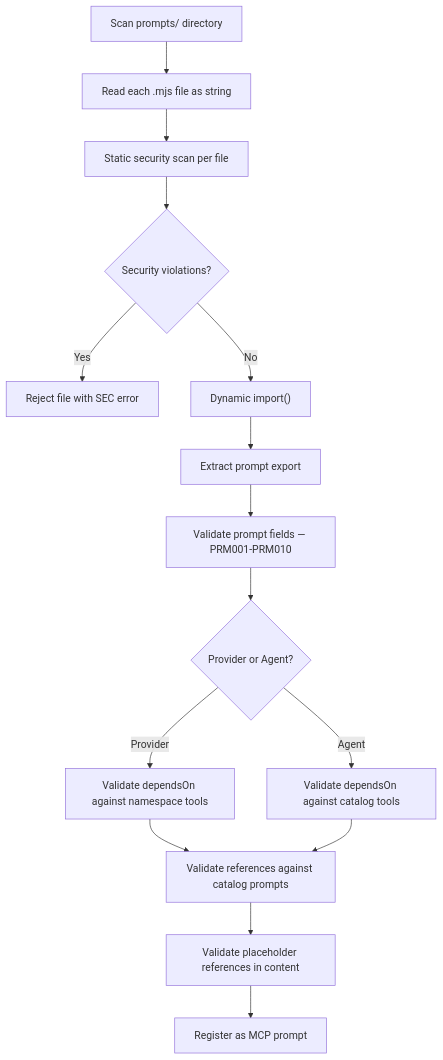
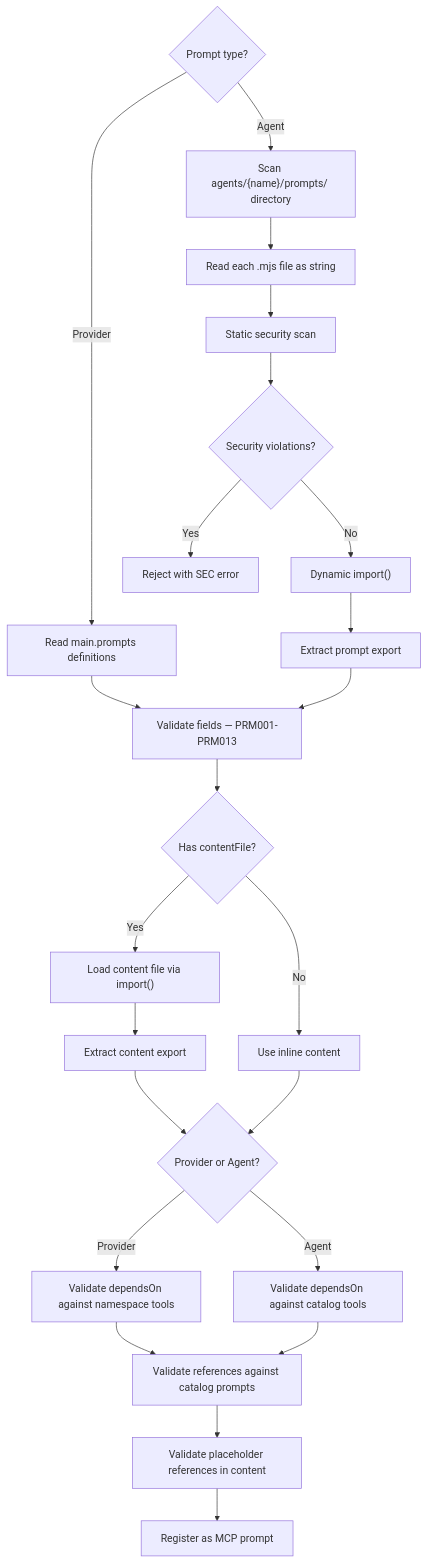
Before and after one commit to FlowMCP/flowmcp-spec: the third of 3 diagrams in spec/v3.0.0/12-prompt-architecture.md, drawn with Mermaid. The commit also changed other lines of this file and 2 other files, not shown here.

Commit message:
Add v3.1.0 Resources & Prompts spec #10

````diff
--- a/spec/v3.0.0/12-prompt-architecture.md
+++ b/spec/v3.0.0/12-prompt-architecture.md
@@ -613,17 +717,28 @@
 ```mermaid
 flowchart TD
-    A[Scan prompts/ directory] --> B[Read each .mjs file as string]
-    B --> C[Static security scan per file]
-    C --> D{Security violations?}
-    D -->|Yes| E[Reject file with SEC error]
-    D -->|No| F["Dynamic import()"]
-    F --> G[Extract prompt export]
-    G --> H[Validate prompt fields — PRM001-PRM010]
-    H --> I{Provider or Agent?}
-    I -->|Provider| J[Validate dependsOn against namespace tools]
-    I -->|Agent| K[Validate dependsOn against catalog tools]
-    J --> L[Validate references against catalog prompts]
-    K --> L
-    L --> M[Validate placeholder references in content]
-    M --> N[Register as MCP prompt]
+    A{Prompt type?} -->|Provider| B["Read main.prompts definitions"]
+    A -->|Agent| C["Scan agents/{name}/prompts/ directory"]
+
+    B --> D["Validate fields — PRM001-PRM013"]
+    C --> E["Read each .mjs file as string"]
+    E --> F[Static security scan]
+    F --> G{"Security violations?"}
+    G -->|Yes| H[Reject with SEC error]
+    G -->|No| I["Dynamic import()"]
+    I --> J[Extract prompt export]
+    J --> D
+
+    D --> K{"Has contentFile?"}
+    K -->|Yes| L["Load content file via import()"]
+    L --> M["Extract content export"]
+    K -->|No| N["Use inline content"]
+
+    M --> O{Provider or Agent?}
+    N --> O
+    O -->|Provider| P[Validate dependsOn against namespace tools]
+    O -->|Agent| Q[Validate dependsOn against catalog tools]
+    P --> R[Validate references against catalog prompts]
+    Q --> R
+    R --> S[Validate placeholder references in content]
+    S --> T[Register as MCP prompt]
 ```
````
